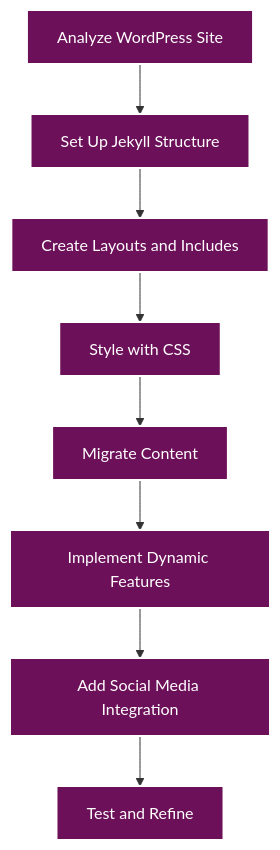
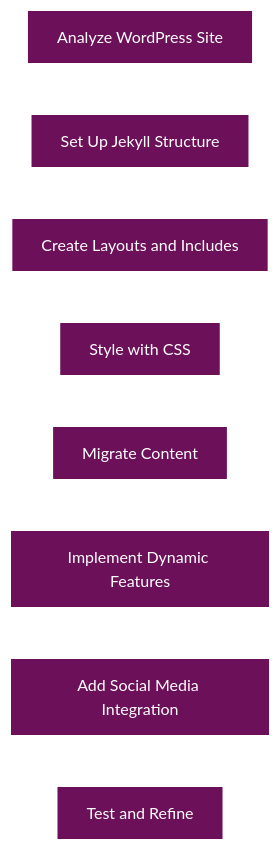
Before and after one commit to radicalkjax/blog: the seventh of 7 diagrams in MIGRATION_DOCUMENTATION.md, drawn with Mermaid. The commit also changed other lines of this file, not shown here.

````diff
--- a/MIGRATION_DOCUMENTATION.md
+++ b/MIGRATION_DOCUMENTATION.md
@@ -354,19 +369,21 @@
 ```mermaid
 graph TD
     A[Analyze WordPress Site] --> B[Set Up Jekyll Structure]
     B --> C[Create Layouts and Includes]
     C --> D[Style with CSS]
     D --> E[Migrate Content]
     E --> F[Implement Dynamic Features]
     F --> G[Add Social Media Integration]
     G --> H[Test and Refine]
     
     style A fill:#6d105a,stroke:#fff,stroke-width:2px,color:#fff
     style B fill:#6d105a,stroke:#fff,stroke-width:2px,color:#fff
     style C fill:#6d105a,stroke:#fff,stroke-width:2px,color:#fff
     style D fill:#6d105a,stroke:#fff,stroke-width:2px,color:#fff
     style E fill:#6d105a,stroke:#fff,stroke-width:2px,color:#fff
     style F fill:#6d105a,stroke:#fff,stroke-width:2px,color:#fff
     style G fill:#6d105a,stroke:#fff,stroke-width:2px,color:#fff
     style H fill:#6d105a,stroke:#fff,stroke-width:2px,color:#fff
+    
+    linkStyle 0,1,2,3,4,5,6 stroke:#fff,stroke-width:2px;
 ```
````
